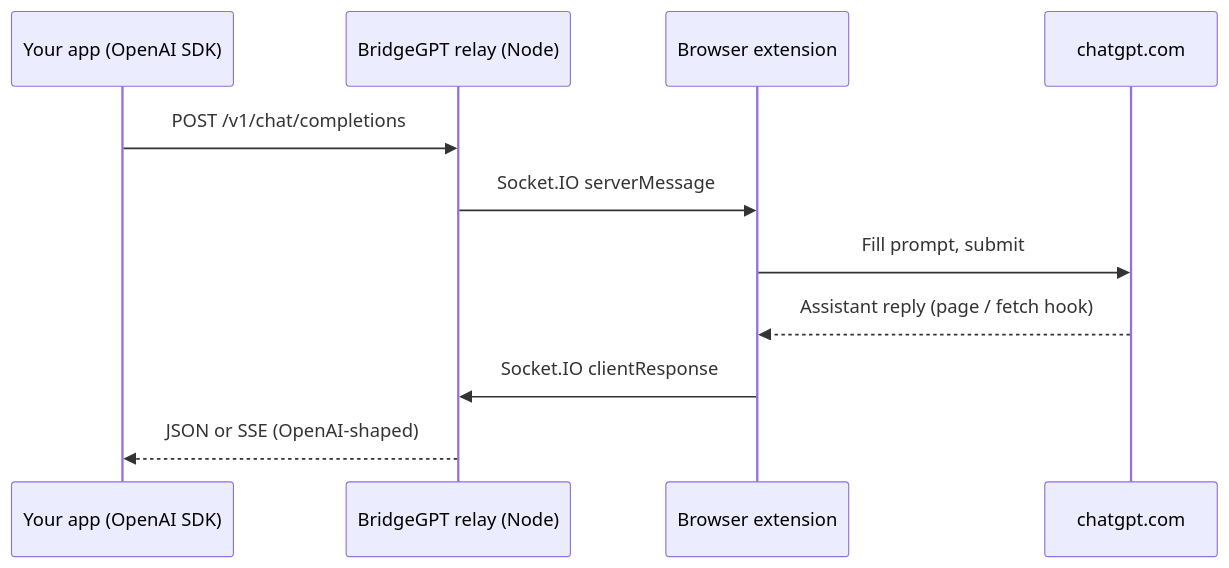
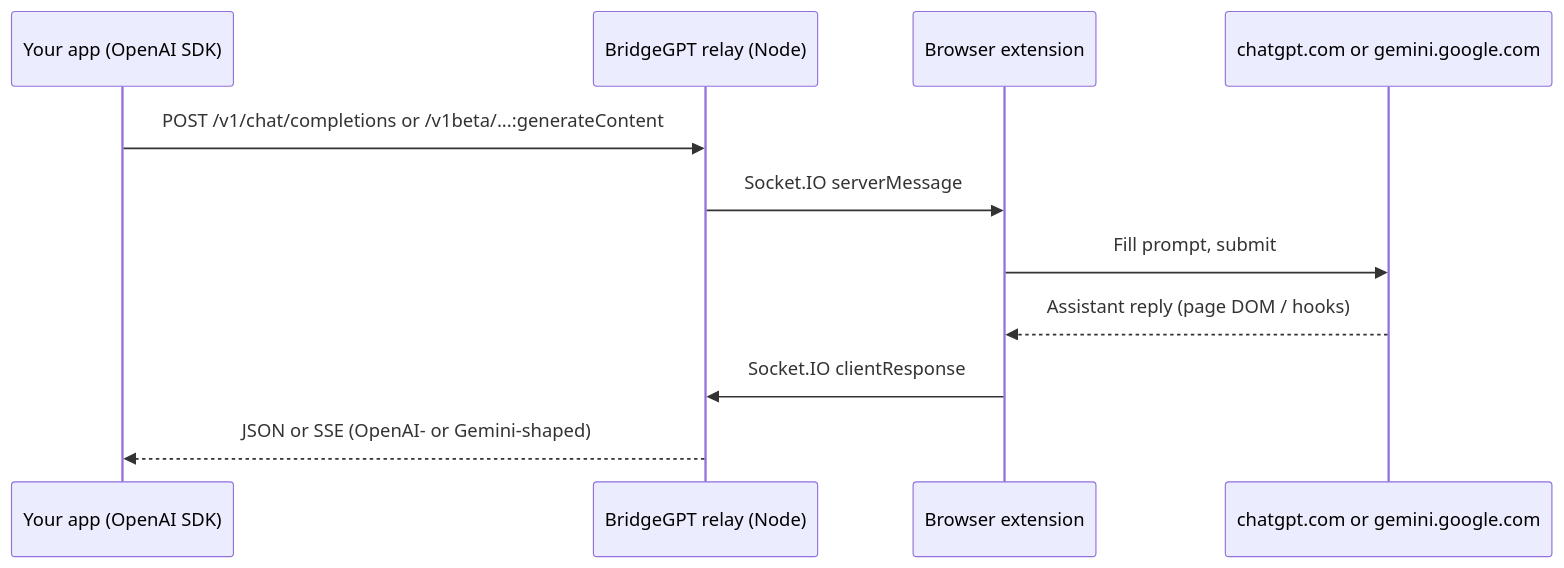
Before and after one commit to ocmuuu/BridgeGPT: the diagram in README.md, drawn with Mermaid. The commit also changed other lines of this file and 2 other files, not shown here.

````diff
--- a/README.md
+++ b/README.md
@@ -43,14 +44,14 @@
 ```mermaid
 sequenceDiagram
   participant App as Your app (OpenAI SDK)
   participant Relay as BridgeGPT relay (Node)
   participant Ext as Browser extension
-  participant Web as chatgpt.com
+  participant Web as chatgpt.com or gemini.google.com
 
-  App->>Relay: POST /v1/chat/completions
+  App->>Relay: POST /v1/chat/completions or /v1beta/...:generateContent
   Relay->>Ext: Socket.IO serverMessage
   Ext->>Web: Fill prompt, submit
-  Web-->>Ext: Assistant reply (page / fetch hook)
+  Web-->>Ext: Assistant reply (page DOM / hooks)
   Ext->>Relay: Socket.IO clientResponse
-  Relay-->>App: JSON or SSE (OpenAI-shaped)
+  Relay-->>App: JSON or SSE (OpenAI- or Gemini-shaped)
 ```
````
